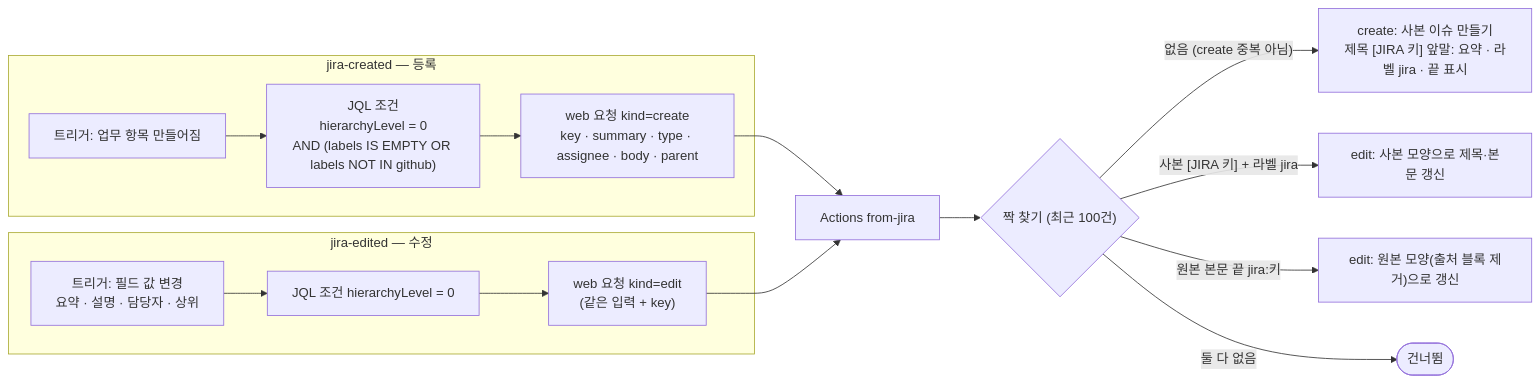
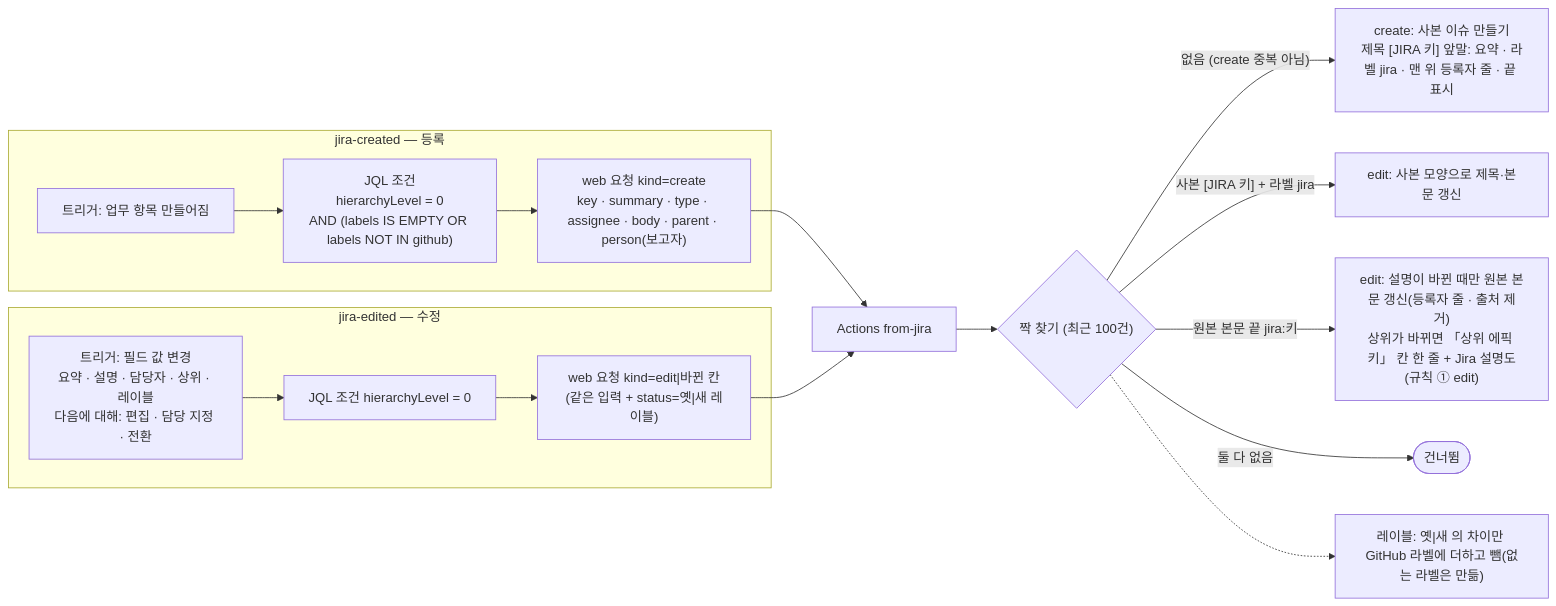
Before and after one commit to nz-sdk/ai_skills: the third of 6 diagrams in issue-sync-install/adopt/02a-흐름도.md, drawn with Mermaid. The commit also changed other lines of this file and 19 other files, not shown here.

````diff
--- a/issue-sync-install/adopt/02a-흐름도.md
+++ b/issue-sync-install/adopt/02a-흐름도.md
@@ -76,18 +78,19 @@
 ```mermaid
 flowchart LR
   subgraph R2["jira-created — 등록"]
     A1["트리거: 업무 항목 만들어짐"] --> A2["JQL 조건<br/>hierarchyLevel = 0<br/>AND (labels IS EMPTY OR labels NOT IN github)"]
-    A2 --> A3["web 요청 kind=create<br/>key · summary · type · assignee · body · parent"]
+    A2 --> A3["web 요청 kind=create<br/>key · summary · type · assignee · body · parent · person(보고자)"]
   end
   subgraph R3["jira-edited — 수정"]
-    B1["트리거: 필드 값 변경<br/>요약 · 설명 · 담당자 · 상위"] --> B2["JQL 조건 hierarchyLevel = 0"]
-    B2 --> B3["web 요청 kind=edit<br/>(같은 입력 + key)"]
+    B1["트리거: 필드 값 변경<br/>요약 · 설명 · 담당자 · 상위 · 레이블<br/>다음에 대해: 편집 · 담당 지정 · 전환"] --> B2["JQL 조건 hierarchyLevel = 0"]
+    B2 --> B3["web 요청 kind=edit|바뀐 칸<br/>(같은 입력 + status=옛|새 레이블)"]
   end
   A3 --> W["Actions from-jira"]
   B3 --> W
   W --> P{"짝 찾기 (최근 100건)"}
-  P -- "없음 (create 중복 아님)" --> M1["create: 사본 이슈 만들기<br/>제목 [JIRA 키] 앞말: 요약 · 라벨 jira · 끝 표시"]
+  P -- "없음 (create 중복 아님)" --> M1["create: 사본 이슈 만들기<br/>제목 [JIRA 키] 앞말: 요약 · 라벨 jira · 맨 위 등록자 줄 · 끝 표시"]
   P -- "사본 [JIRA 키] + 라벨 jira" --> M2["edit: 사본 모양으로 제목·본문 갱신"]
-  P -- "원본 본문 끝 jira:키" --> M3["edit: 원본 모양(출처 블록 제거)으로 갱신"]
+  P -- "원본 본문 끝 jira:키" --> M3["edit: 설명이 바뀐 때만 원본 본문 갱신(등록자 줄 · 출처 제거)<br/>상위가 바뀌면 「상위 에픽 키」 칸 한 줄 + Jira 설명도(규칙 ① edit)"]
   P -- "둘 다 없음" --> M4(["건너뜀"])
+  P -.-> M5["레이블: 옛|새 의 차이만 GitHub 라벨에 더하고 뺌(없는 라벨은 만듦)"]
 ```
````
